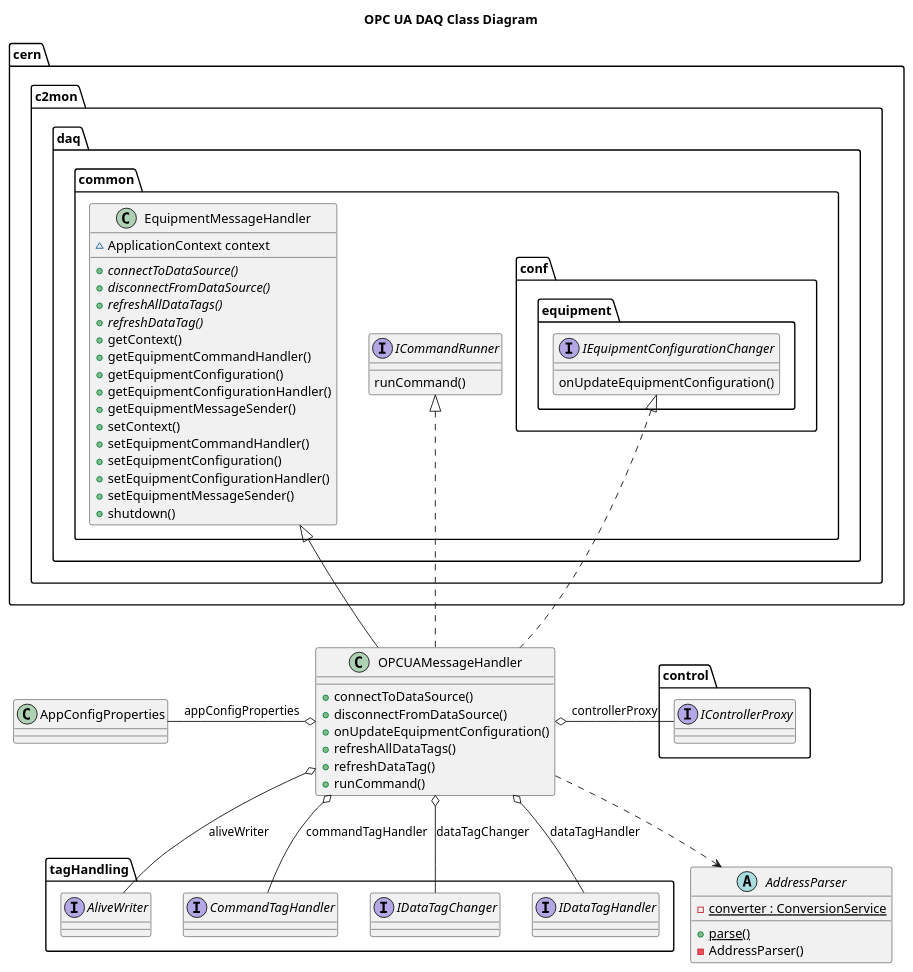
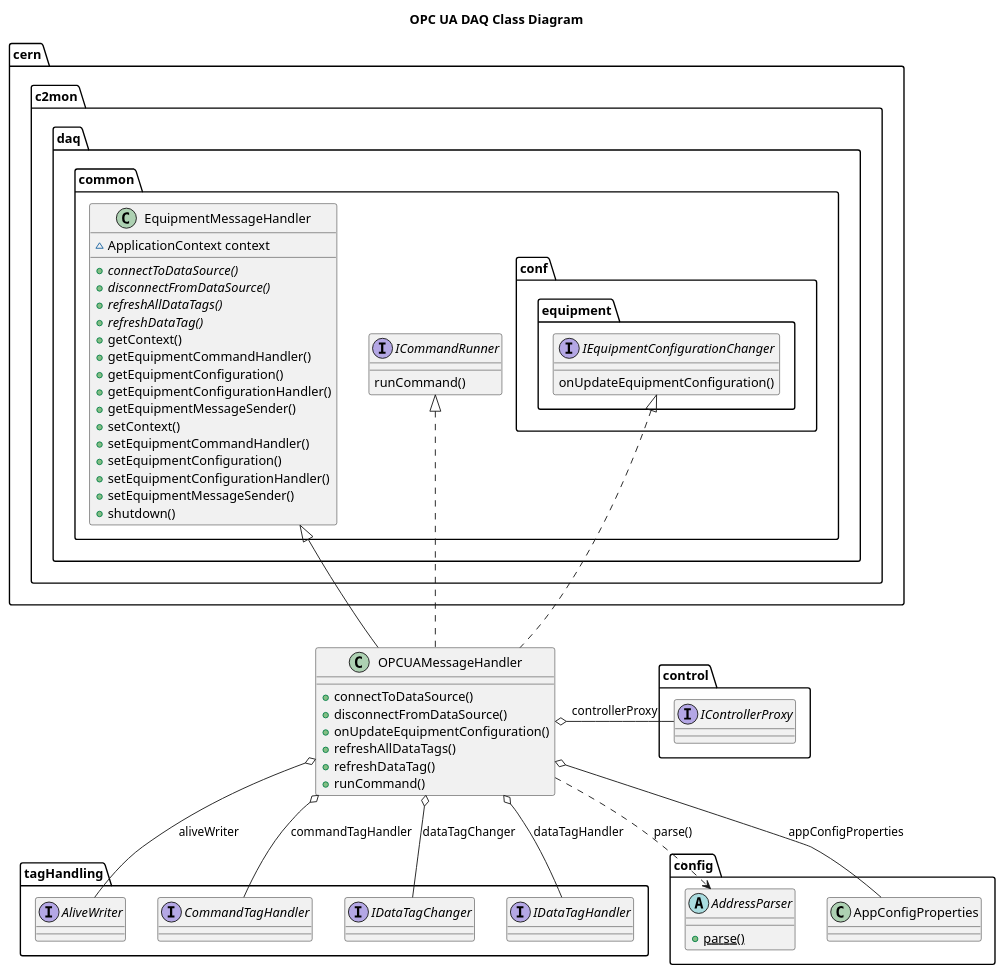
One commit to c2mon/c2mon-daq-opcua changed the diagram in src/main/resources/classdiagrams/opcua.class.plantuml. Above: the diagram before and after it, drawn with PlantUML. The commit also changed 56 other files, not shown here.

```diff
--- a/src/main/resources/classdiagrams/opcua.class.plantuml
+++ b/src/main/resources/classdiagrams/opcua.class.plantuml
@@ -1,63 +1,61 @@
 title OPC UA DAQ Class Diagram
 
-abstract class AddressParser {
-  {static} - converter : ConversionService
+abstract class config.AddressParser {
   {static} + parse()
-  - AddressParser()
 }
 
 class OPCUAMessageHandler {
   + connectToDataSource()
   + disconnectFromDataSource()
   + onUpdateEquipmentConfiguration()
   + refreshAllDataTags()
   + refreshDataTag()
   + runCommand()
 }
 
 class cern.c2mon.daq.common.EquipmentMessageHandler {
   ~ ApplicationContext context
   + {abstract} connectToDataSource()
   + {abstract} disconnectFromDataSource()
   + {abstract} refreshAllDataTags()
   + {abstract} refreshDataTag()
   + getContext()
   + getEquipmentCommandHandler()
   + getEquipmentConfiguration()
   + getEquipmentConfigurationHandler()
   + getEquipmentMessageSender()
   + setContext()
   + setEquipmentCommandHandler()
   + setEquipmentConfiguration()
   + setEquipmentConfigurationHandler()
   + setEquipmentMessageSender()
   + shutdown()
 }
 
 interface cern.c2mon.daq.common.ICommandRunner {
   runCommand()
 }
 
 interface cern.c2mon.daq.common.conf.equipment.IEquipmentConfigurationChanger {
   onUpdateEquipmentConfiguration()
 }
 
 interface control.IControllerProxy {}
 
 interface tagHandling.AliveWriter {}
 interface tagHandling.CommandTagHandler {}
 interface tagHandling.IDataTagChanger {}
 interface tagHandling.IDataTagHandler {}
 
 
 OPCUAMessageHandler .up.|> cern.c2mon.daq.common.ICommandRunner
 OPCUAMessageHandler .up.|> cern.c2mon.daq.common.conf.equipment.IEquipmentConfigurationChanger
 OPCUAMessageHandler -up-|> cern.c2mon.daq.common.EquipmentMessageHandler
 OPCUAMessageHandler o-left- tagHandling.AliveWriter : aliveWriter
-OPCUAMessageHandler o-left- AppConfigProperties : appConfigProperties
+OPCUAMessageHandler o-left- config.AppConfigProperties : appConfigProperties
 OPCUAMessageHandler o-- tagHandling.CommandTagHandler : commandTagHandler
 OPCUAMessageHandler o-left- control.IControllerProxy : controllerProxy
 OPCUAMessageHandler o-- tagHandling.IDataTagChanger : dataTagChanger
 OPCUAMessageHandler o-- tagHandling.IDataTagHandler : dataTagHandler
 
-OPCUAMessageHandler ..> AddressParser
+OPCUAMessageHandler ..> config.AddressParser: parse()
```
